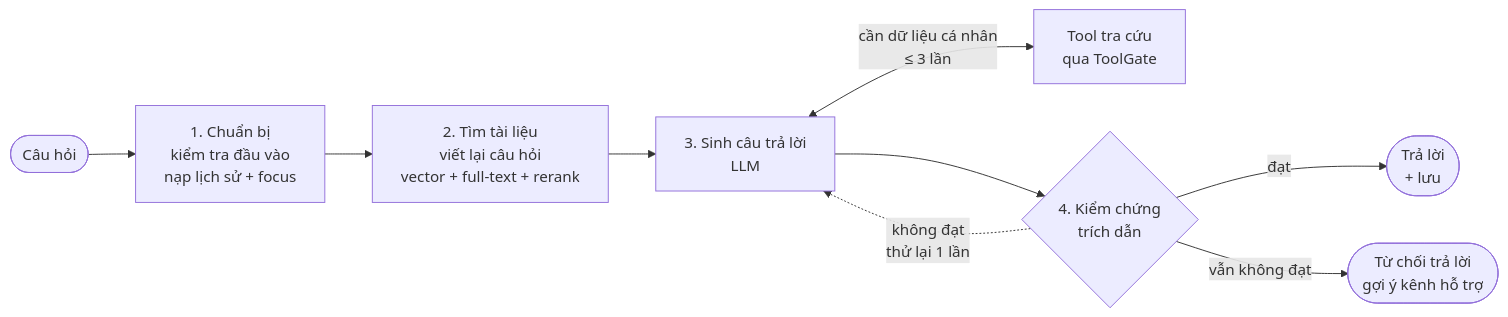
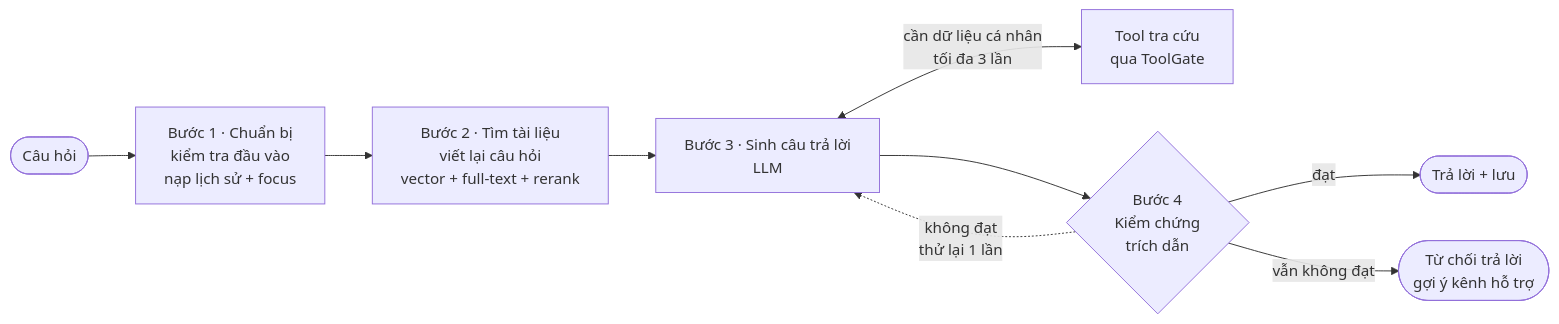
One commit to lybii/ptutor-support-assistant changed the second of 3 diagrams in docs/02-kien-truc.md. Above: the diagram before and after it, drawn with Mermaid. The commit also changed other lines of this file and 14 other files, not shown here.

````diff
--- a/docs/02-kien-truc.md
+++ b/docs/02-kien-truc.md
@@ -65,11 +66,11 @@
 ```mermaid
 flowchart LR
-    Q(["Câu hỏi"]) --> P1["1. Chuẩn bị<br/>kiểm tra đầu vào<br/>nạp lịch sử + focus"]
-    P1 --> P2["2. Tìm tài liệu<br/>viết lại câu hỏi<br/>vector + full-text + rerank"]
-    P2 --> P3["3. Sinh câu trả lời<br/>LLM"]
-    P3 <-->|"cần dữ liệu cá nhân<br/>≤ 3 lần"| T["Tool tra cứu<br/>qua ToolGate"]
-    P3 --> P4{"4. Kiểm chứng<br/>trích dẫn"}
-    P4 -->|đạt| OK(["Trả lời<br/>+ lưu"])
+    Q(["Câu hỏi"]) --> P1["Bước 1 · Chuẩn bị<br/>kiểm tra đầu vào<br/>nạp lịch sử + focus"]
+    P1 --> P2["Bước 2 · Tìm tài liệu<br/>viết lại câu hỏi<br/>vector + full-text + rerank"]
+    P2 --> P3["Bước 3 · Sinh câu trả lời<br/>LLM"]
+    P3 <-->|"cần dữ liệu cá nhân<br/>tối đa 3 lần"| T["Tool tra cứu<br/>qua ToolGate"]
+    P3 --> P4{"Bước 4<br/>Kiểm chứng<br/>trích dẫn"}
+    P4 -->|đạt| OK(["Trả lời + lưu"])
     P4 -.->|"không đạt<br/>thử lại 1 lần"| P3
     P4 -->|"vẫn không đạt"| NO(["Từ chối trả lời<br/>gợi ý kênh hỗ trợ"])
 ```
````
